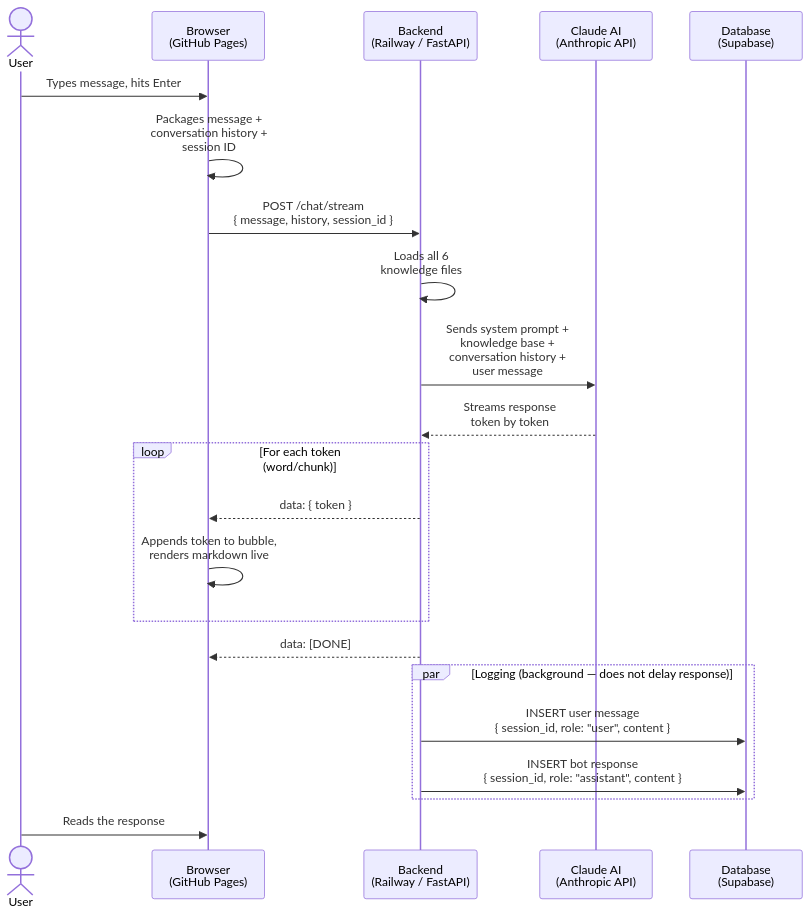
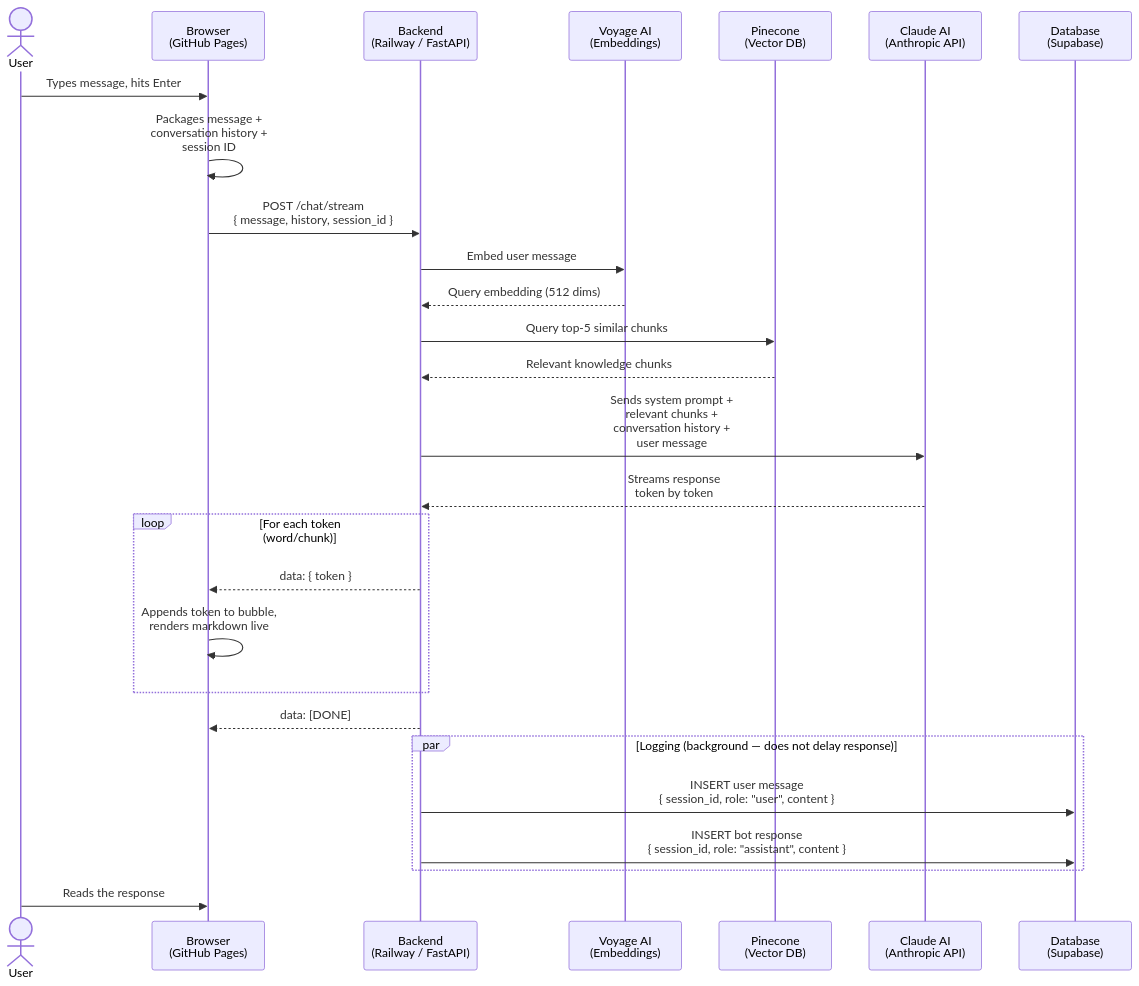
Before and after one commit to aravindmurari/trinity-cre-bot: the diagram in ARCHITECTURE.md, drawn with Mermaid. The commit also changed other lines of this file, not shown here.

First line of the commit message:
Update ARCHITECTURE.md to reflect current RAG implementation

````diff
--- a/ARCHITECTURE.md
+++ b/ARCHITECTURE.md
@@ -81,34 +87,40 @@
 ```mermaid
 sequenceDiagram
     actor User
     participant Browser as Browser<br/>(GitHub Pages)
     participant Backend as Backend<br/>(Railway / FastAPI)
+    participant Voyage as Voyage AI<br/>(Embeddings)
+    participant Pinecone as Pinecone<br/>(Vector DB)
     participant Claude as Claude AI<br/>(Anthropic API)
     participant DB as Database<br/>(Supabase)
 
     User->>Browser: Types message, hits Enter
 
     Browser->>Browser: Packages message +<br/>conversation history +<br/>session ID
 
     Browser->>Backend: POST /chat/stream<br/>{ message, history, session_id }
 
-    Backend->>Backend: Loads all 6<br/>knowledge files
+    Backend->>Voyage: Embed user message
+    Voyage-->>Backend: Query embedding (512 dims)
 
-    Backend->>Claude: Sends system prompt +<br/>knowledge base +<br/>conversation history +<br/>user message
+    Backend->>Pinecone: Query top-5 similar chunks
+    Pinecone-->>Backend: Relevant knowledge chunks
+
+    Backend->>Claude: Sends system prompt +<br/>relevant chunks +<br/>conversation history +<br/>user message
 
     Claude-->>Backend: Streams response<br/>token by token
 
     loop For each token (word/chunk)
         Backend-->>Browser: data: { token }
         Browser->>Browser: Appends token to bubble,<br/>renders markdown live
     end
 
     Backend-->>Browser: data: [DONE]
 
     par Logging (background — does not delay response)
         Backend->>DB: INSERT user message<br/>{ session_id, role: "user", content }
         Backend->>DB: INSERT bot response<br/>{ session_id, role: "assistant", content }
     end
 
     User->>Browser: Reads the response
 ```
````
